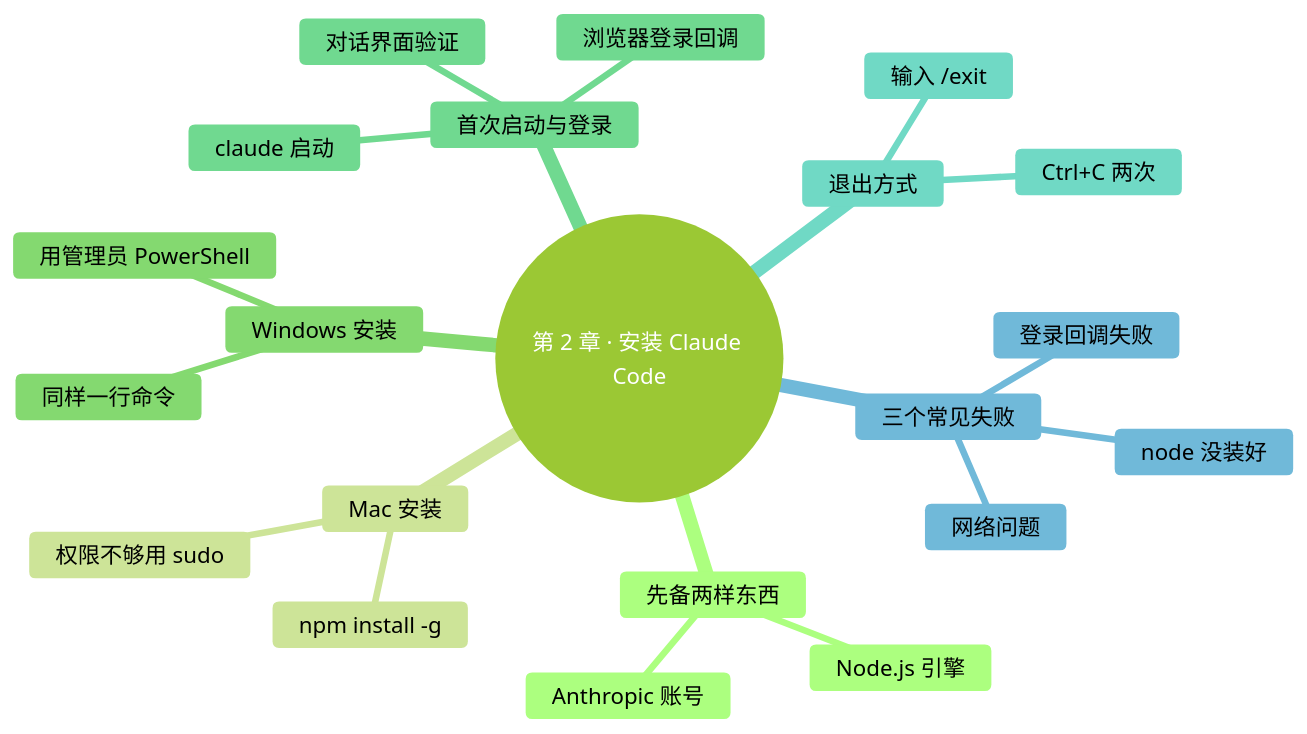
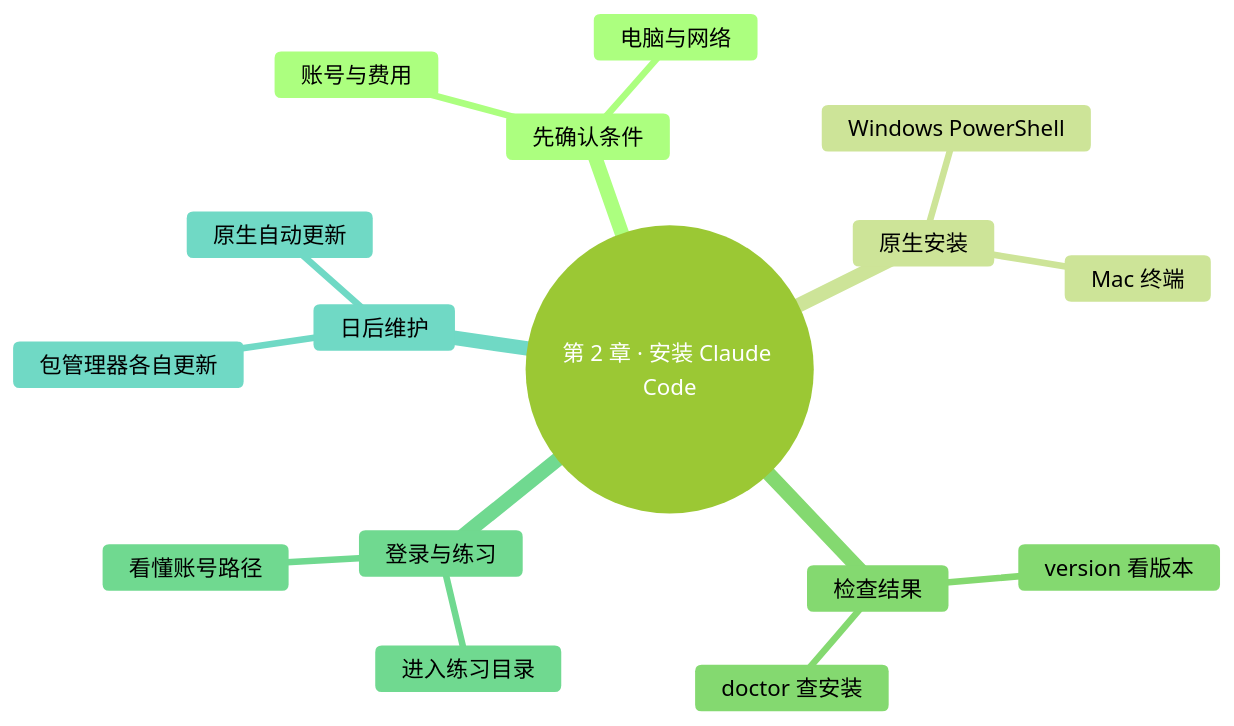
The diagram in manuscript/part1-从零起步/02-安装-Claude-Code.md (mali9527/claude-code-full-guide-for-beginners), drawn with Mermaid before and after one commit. The commit also changed other lines of this file and 130 other files, not shown here.

````diff
--- a/manuscript/part1-从零起步/02-安装-Claude-Code.md
+++ b/manuscript/part1-从零起步/02-安装-Claude-Code.md
@@ -20,32 +18,27 @@
 ```mermaid
 ---
 config:
   theme: forest
   themeVariables:
     fontFamily: "-apple-system, 'SF Pro Text', 'PingFang SC', 'Helvetica Neue', sans-serif"
     fontSize: "17px"
     lineColor: "#D9D9D9"
 ---
 mindmap
   root((第 2 章 · 安装 Claude Code))
-    先备两样东西
-      Anthropic 账号
-      Node.js 引擎
-    Mac 安装
-      npm install -g
-      权限不够用 sudo
-    Windows 安装
-      同样一行命令
-      用管理员 PowerShell
-    首次启动与登录
-      claude 启动
-      浏览器登录回调
-      对话界面验证
-    退出方式
-      Ctrl+C 两次
-      输入 /exit
-    三个常见失败
-      node 没装好
-      网络问题
-      登录回调失败
+    先确认条件
+      电脑与网络
+      账号与费用
+    原生安装
+      Mac 终端
+      Windows PowerShell
+    检查结果
+      version 看版本
+      doctor 查安装
+    登录与练习
+      进入练习目录
+      看懂账号路径
+    日后维护
+      原生自动更新
+      包管理器各自更新
 ```
````
